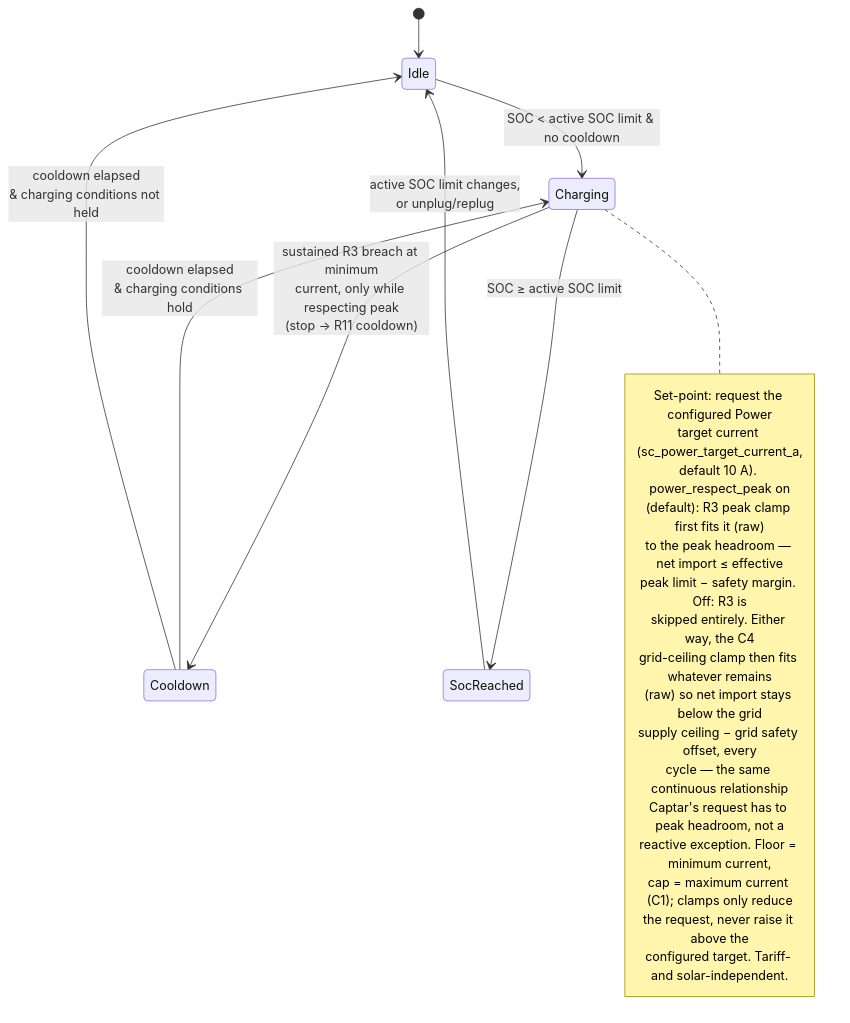
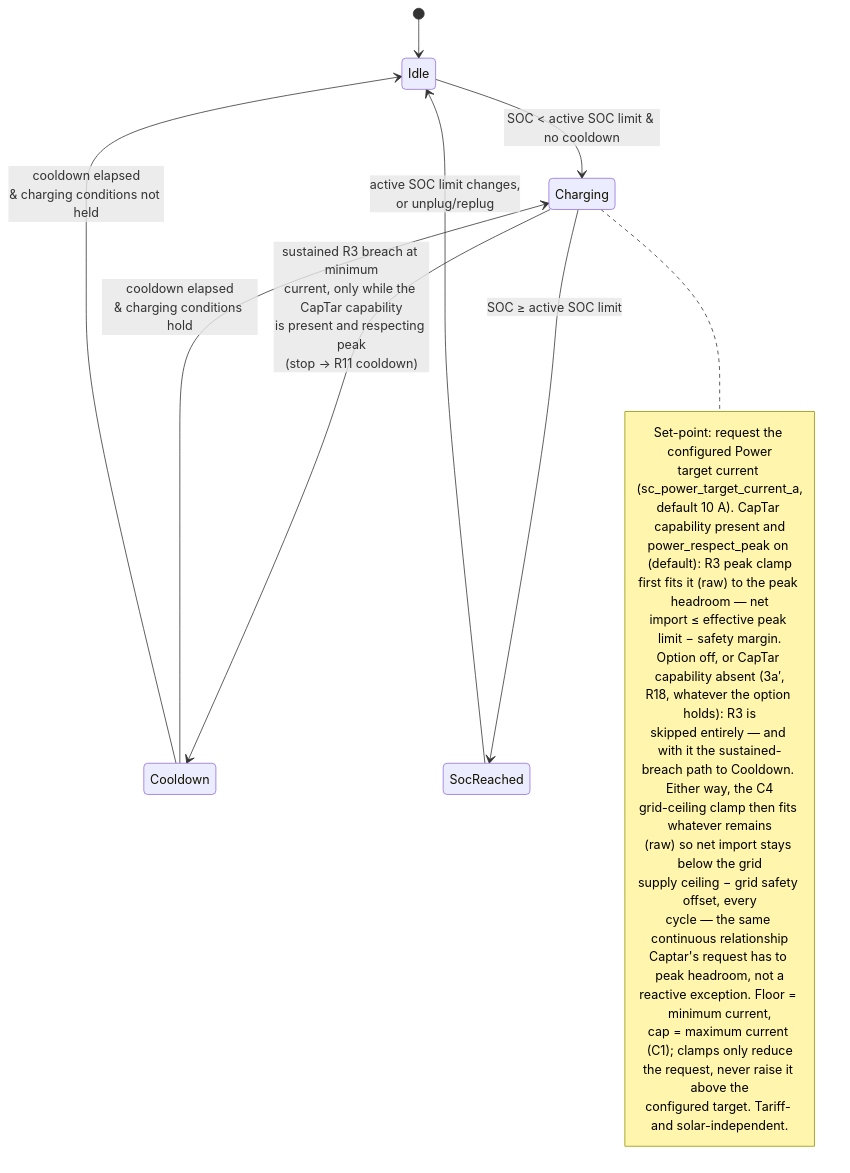
One commit to kristofdegrave/homeassistant-smart-charging changed the diagram in docs/analysis/use-cases/UC04-charge-at-a-user-set-current.md. Above: the diagram before and after it, drawn with Mermaid. The commit also changed other lines of this file and 7 other files, not shown here.

First line of the commit message:
docs: peak protection does not run without the CapTar capability (#771)

````diff
--- a/docs/analysis/use-cases/UC04-charge-at-a-user-set-current.md
+++ b/docs/analysis/use-cases/UC04-charge-at-a-user-set-current.md
@@ -104,28 +116,31 @@
 ```mermaid
 stateDiagram-v2
     [*] --> Idle
     Idle --> Charging: SOC < active SOC limit & no cooldown
-    Charging --> Cooldown: sustained R3 breach at minimum<br/>current, only while respecting peak<br/>(stop → R11 cooldown)
+    Charging --> Cooldown: sustained R3 breach at minimum<br/>current, only while the CapTar capability<br/>is present and respecting peak<br/>(stop → R11 cooldown)
     Charging --> SocReached: SOC ≥ active SOC limit
     Cooldown --> Charging: cooldown elapsed<br/>& charging conditions hold
     Cooldown --> Idle: cooldown elapsed<br/>& charging conditions not held
     SocReached --> Idle: active SOC limit changes,<br/>or unplug/replug
     note right of Charging
         Set-point: request the configured Power
         target current (sc_power_target_current_a,
-        default 10 A). power_respect_peak on
-        (default): R3 peak clamp first fits it (raw)
-        to the peak headroom — net import ≤ effective
-        peak limit − safety margin. Off: R3 is
-        skipped entirely. Either way, the C4
+        default 10 A). CapTar capability present and
+        power_respect_peak on (default): R3 peak clamp
+        first fits it (raw) to the peak headroom — net
+        import ≤ effective peak limit − safety margin.
+        Option off, or CapTar capability absent (3a′,
+        R18, whatever the option holds): R3 is
+        skipped entirely — and with it the sustained-
+        breach path to Cooldown. Either way, the C4
         grid-ceiling clamp then fits whatever remains
         (raw) so net import stays below the grid
         supply ceiling − grid safety offset, every
         cycle — the same continuous relationship
         Captar's request has to peak headroom, not a
         reactive exception. Floor = minimum current,
         cap = maximum current (C1); clamps only reduce
         the request, never raise it above the
         configured target. Tariff- and solar-independent.
     end note
 ```
````
